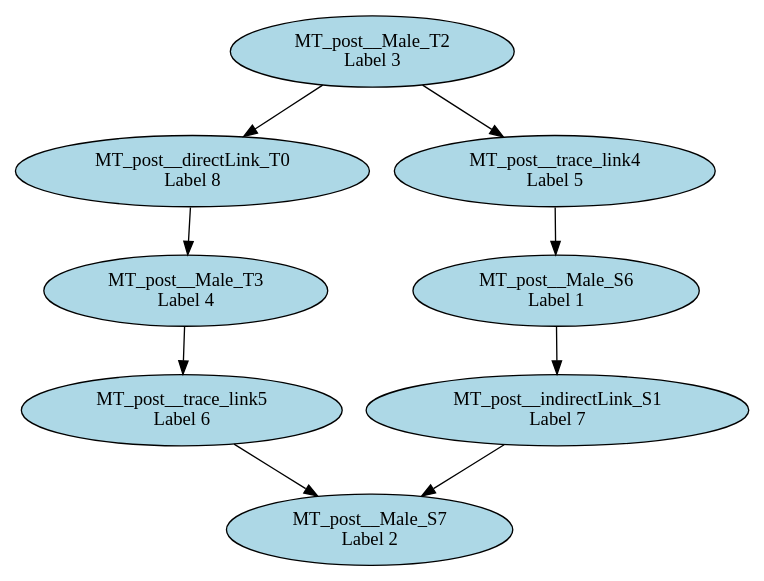
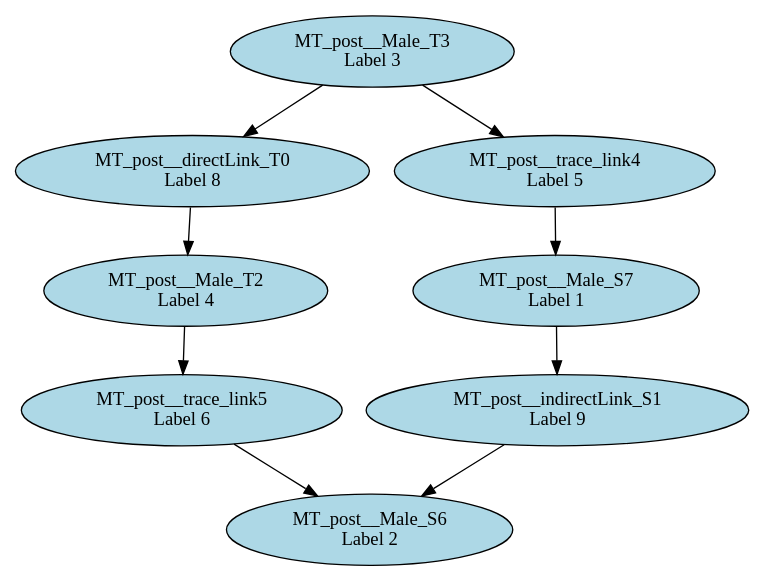
Before and after one commit to levilucio/SyVOLT: the diagram in dot/ruleCombinator_rewrite_HMM2MM_combine_1RHS.dot, drawn with Graphviz. The commit also changed 30 other files, not shown here.

```diff
--- a/dot/ruleCombinator_rewrite_HMM2MM_combine_1RHS.dot
+++ b/dot/ruleCombinator_rewrite_HMM2MM_combine_1RHS.dot
@@ -1,18 +1,18 @@
 digraph ruleCombinator_rewrite_HMM2MM_combine_1RHS {
 "MT_post__directLink_T0\n Label 8" [style=filled, fillcolor=lightblue];
-"MT_post__indirectLink_S1\n Label 7" [style=filled, fillcolor=lightblue];
-"MT_post__Male_T2\n Label 3" [style=filled, fillcolor=lightblue];
-"MT_post__Male_T3\n Label 4" [style=filled, fillcolor=lightblue];
+"MT_post__indirectLink_S1\n Label 9" [style=filled, fillcolor=lightblue];
+"MT_post__Male_T2\n Label 4" [style=filled, fillcolor=lightblue];
+"MT_post__Male_T3\n Label 3" [style=filled, fillcolor=lightblue];
 "MT_post__trace_link4\n Label 5" [style=filled, fillcolor=lightblue];
 "MT_post__trace_link5\n Label 6" [style=filled, fillcolor=lightblue];
-"MT_post__Male_S6\n Label 1" [style=filled, fillcolor=lightblue];
-"MT_post__Male_S7\n Label 2" [style=filled, fillcolor=lightblue];
-"MT_post__Male_T2\n Label 3" -> "MT_post__directLink_T0\n Label 8";
-"MT_post__directLink_T0\n Label 8" -> "MT_post__Male_T3\n Label 4";
-"MT_post__Male_T2\n Label 3" -> "MT_post__trace_link4\n Label 5";
-"MT_post__Male_T3\n Label 4" -> "MT_post__trace_link5\n Label 6";
-"MT_post__trace_link4\n Label 5" -> "MT_post__Male_S6\n Label 1";
-"MT_post__trace_link5\n Label 6" -> "MT_post__Male_S7\n Label 2";
-"MT_post__Male_S6\n Label 1" -> "MT_post__indirectLink_S1\n Label 7";
-"MT_post__indirectLink_S1\n Label 7" -> "MT_post__Male_S7\n Label 2";
+"MT_post__Male_S6\n Label 2" [style=filled, fillcolor=lightblue];
+"MT_post__Male_S7\n Label 1" [style=filled, fillcolor=lightblue];
+"MT_post__Male_T3\n Label 3" -> "MT_post__directLink_T0\n Label 8";
+"MT_post__directLink_T0\n Label 8" -> "MT_post__Male_T2\n Label 4";
+"MT_post__Male_T2\n Label 4" -> "MT_post__trace_link5\n Label 6";
+"MT_post__Male_T3\n Label 3" -> "MT_post__trace_link4\n Label 5";
+"MT_post__trace_link4\n Label 5" -> "MT_post__Male_S7\n Label 1";
+"MT_post__trace_link5\n Label 6" -> "MT_post__Male_S6\n Label 2";
+"MT_post__indirectLink_S1\n Label 9" -> "MT_post__Male_S6\n Label 2";
+"MT_post__Male_S7\n Label 1" -> "MT_post__indirectLink_S1\n Label 9";
 }
```
